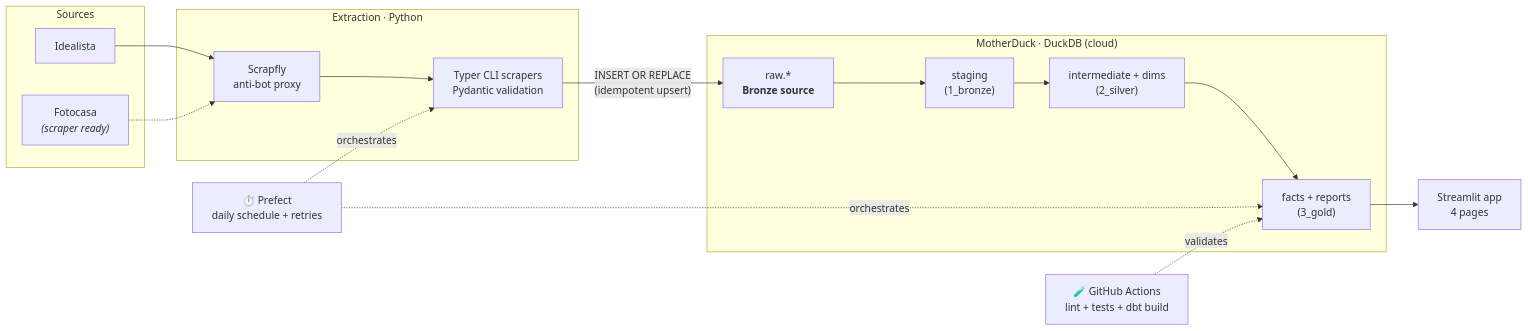
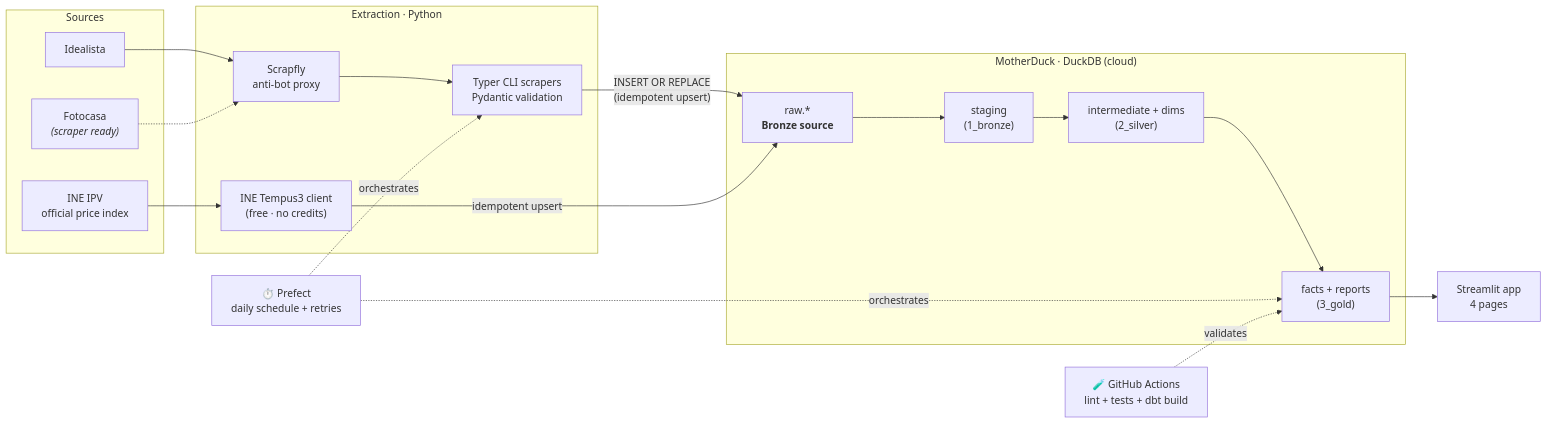
The diagram in README.md (carlosdmv7/spanish-housing-radar), drawn with Mermaid before and after one commit. The commit also changed other lines of this file and 25 other files, not shown here.

First line of the commit message:
feat: behavioural deal signals + free INE market-context feed (un-park)

````diff
--- a/README.md
+++ b/README.md
@@ -53,32 +56,36 @@
 ```mermaid
 flowchart LR
     subgraph SRC["Sources"]
         I["Idealista"]
         F["Fotocasa<br/><i>(scraper ready)</i>"]
+        N["INE IPV<br/>official price index"]
     end
 
     subgraph EXTRACT["Extraction · Python"]
         SC["Scrapfly<br/>anti-bot proxy"]
         PY["Typer CLI scrapers<br/>Pydantic validation"]
+        NE["INE Tempus3 client<br/>(free · no credits)"]
     end
 
     subgraph WH["MotherDuck · DuckDB (cloud)"]
         RAW["raw.*<br/><b>Bronze source</b>"]
         BRONZE["staging<br/>(1_bronze)"]
         SILVER["intermediate + dims<br/>(2_silver)"]
         GOLD["facts + reports<br/>(3_gold)"]
     end
 
     APP["Streamlit app<br/>4 pages"]
 
     I --> SC --> PY
     F -.-> SC
+    N --> NE
     PY -->|"INSERT OR REPLACE<br/>(idempotent upsert)"| RAW
+    NE -->|"idempotent upsert"| RAW
     RAW --> BRONZE --> SILVER --> GOLD --> APP
 
     ORCH["⏱️ Prefect<br/>daily schedule + retries"]
     CI["🧪 GitHub Actions<br/>lint + tests + dbt build"]
     ORCH -.orchestrates.-> PY
     ORCH -.orchestrates.-> GOLD
     CI -.validates.-> GOLD
 ```
````
